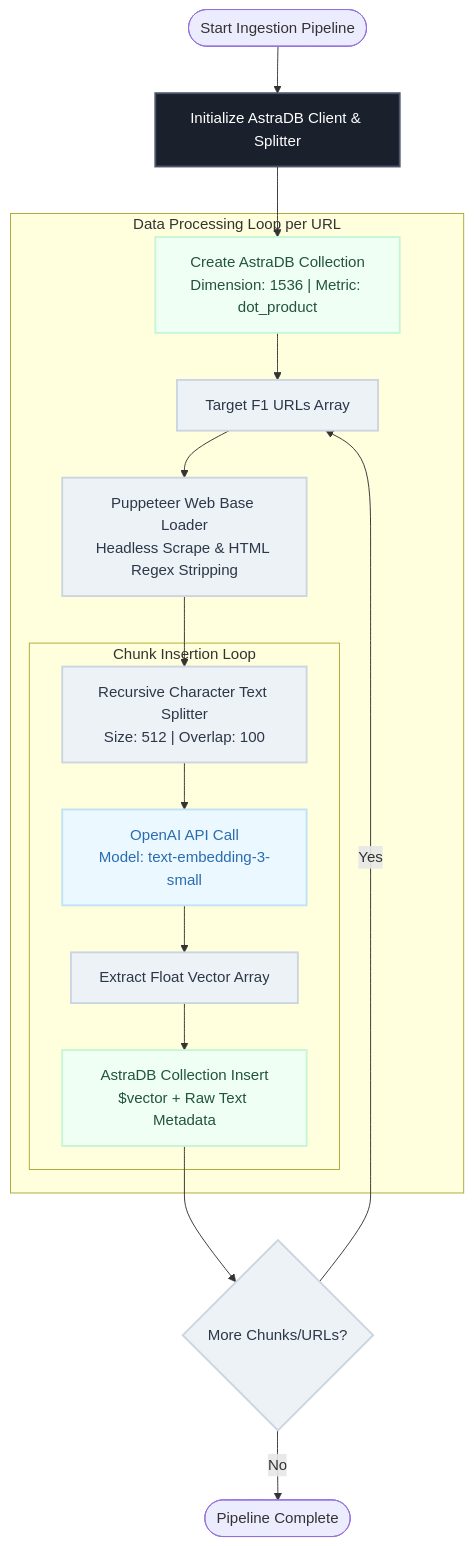
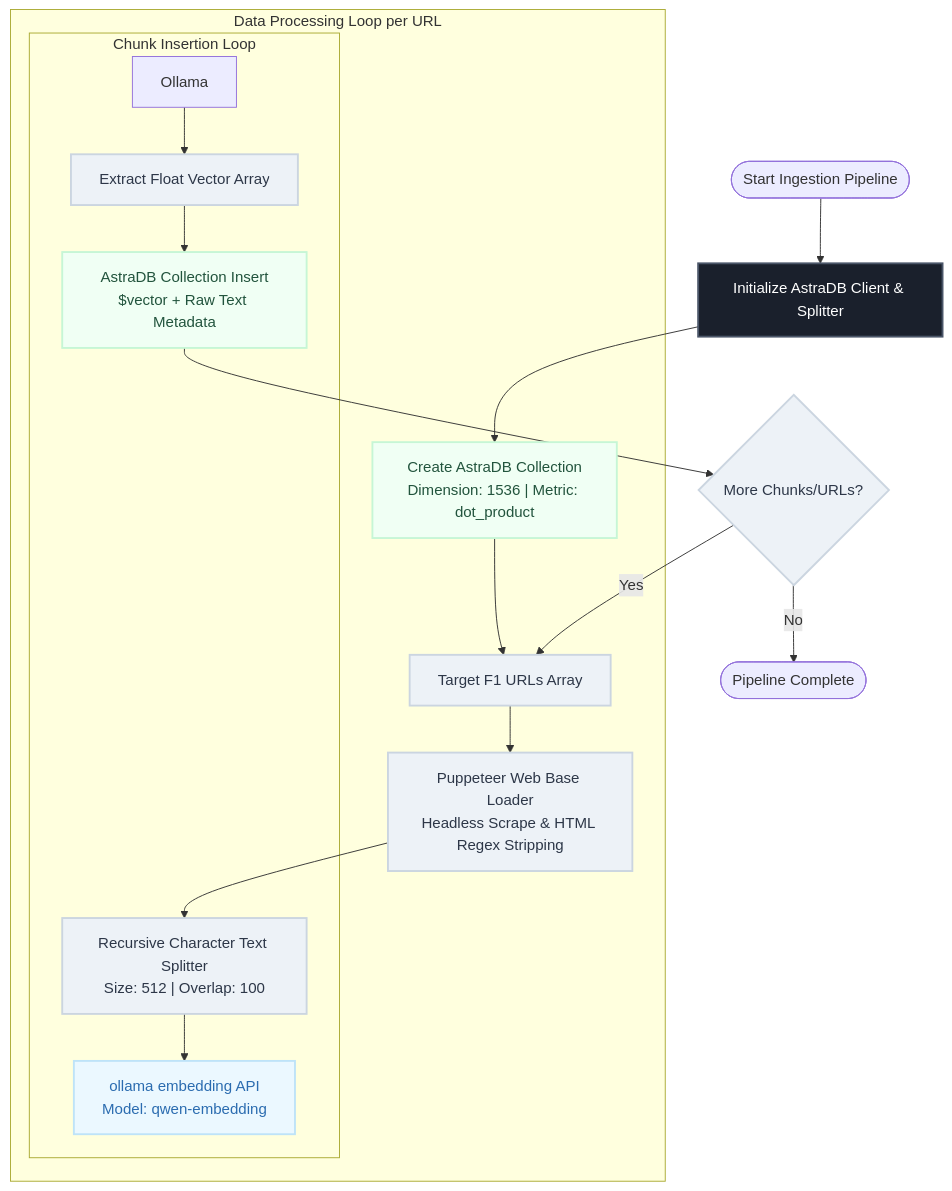
Before and after one commit to dineshkanishkar3/f1-gpt: the first of 2 diagrams in README.md, drawn with Mermaid.

````diff
--- a/README.md
+++ b/README.md
@@ -40,26 +40,26 @@
 ```mermaid
 flowchart TD
     classDef init fill:#1a202c,stroke:#4a5568,stroke-width:2px,color:#fff
     classDef process fill:#edf2f7,stroke:#cbd5e0,stroke-width:2px,color:#2d3748
     classDef cloud fill:#ebf8ff,stroke:#bee3f8,stroke-width:2px,color:#2b6cb0
     classDef database fill:#f0fff4,stroke:#c6f6d5,stroke-width:2px,color:#22543d
 
     Start([Start Ingestion Pipeline]) --> Init[Initialize AstraDB Client & Splitter]:::init
     Init --> Coll["Create AstraDB Collection\nDimension: 1536 | Metric: dot_product"]:::database
 
     subgraph Loop [Data Processing Loop per URL]
         Coll --> Fetch[Target F1 URLs Array]:::process
         Fetch --> Scrape["Puppeteer Web Base Loader\nHeadless Scrape & HTML Regex Stripping"]:::process
         Scrape --> Chunk["Recursive Character Text Splitter\nSize: 512 | Overlap: 100"]:::process
 
         subgraph Vectorization [Chunk Insertion Loop]
-            Chunk --> OpenAI["OpenAI API Call\nModel: text-embedding-3-small"]:::cloud
-            OpenAI --> Extract[Extract Float Vector Array]:::process
+            Chunk --> ollama["ollama embedding API\nModel: qwen-embedding"]:::cloud
+            Ollama --> Extract[Extract Float Vector Array]:::process
             Extract --> Insert["AstraDB Collection Insert\n$vector + Raw Text Metadata"]:::database
         end
     end
 
     Insert --> Next{More Chunks/URLs?}:::process
     Next -- Yes --> Fetch
     Next -- No --> End([Pipeline Complete])
 ```
````
